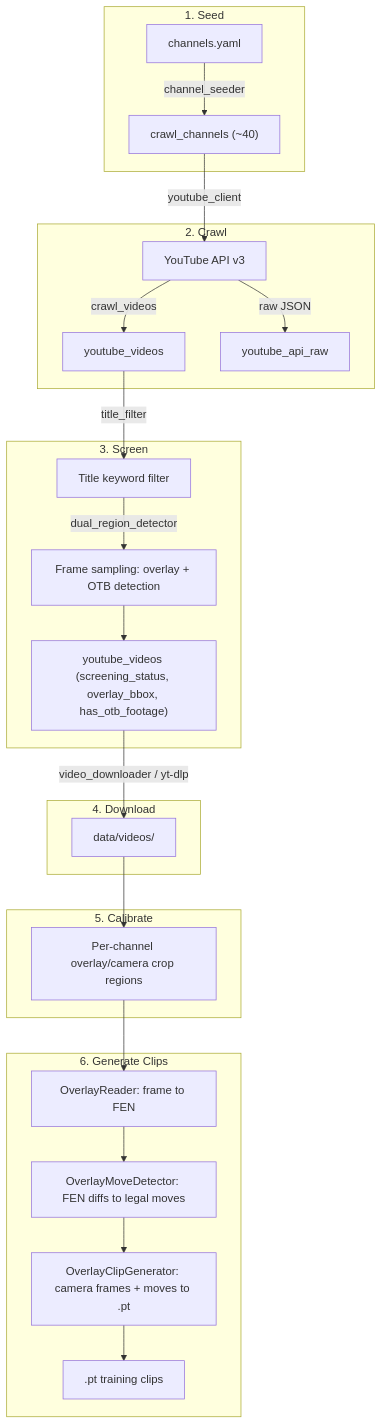
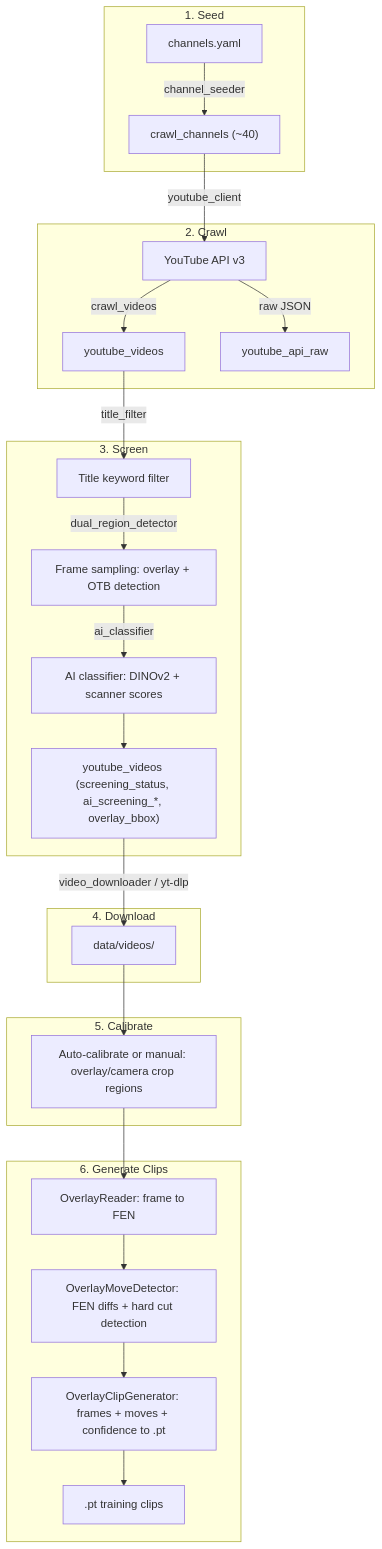
The third of 8 diagrams in README.md (dscape/argus), drawn with Mermaid before and after one commit. The commit also changed other lines of this file and 33 other files, not shown here.

````diff
--- a/README.md
+++ b/README.md
@@ -200,33 +210,34 @@
 ```mermaid
 graph TD
     subgraph "1. Seed"
         CH[channels.yaml] -->|channel_seeder| DB_CH["crawl_channels (~40)"]
     end
 
     subgraph "2. Crawl"
         DB_CH -->|youtube_client| YT[YouTube API v3]
         YT -->|crawl_videos| DB_V[youtube_videos]
         YT -->|raw JSON| DB_R[youtube_api_raw]
     end
 
     subgraph "3. Screen"
         DB_V -->|title_filter| TF[Title keyword filter]
         TF -->|dual_region_detector| DRD["Frame sampling: overlay + OTB detection"]
-        DRD --> DB_S["youtube_videos (screening_status, overlay_bbox, has_otb_footage)"]
+        DRD -->|ai_classifier| AI["AI classifier: DINOv2 + scanner scores"]
+        AI --> DB_S["youtube_videos (screening_status, ai_screening_*, overlay_bbox)"]
     end
 
     subgraph "4. Download"
         DB_S -->|video_downloader / yt-dlp| VID["data/videos/"]
     end
 
     subgraph "5. Calibrate"
-        VID --> CAL["Per-channel overlay/camera crop regions"]
+        VID --> CAL["Auto-calibrate or manual: overlay/camera crop regions"]
     end
 
     subgraph "6. Generate Clips"
         CAL --> READ["OverlayReader: frame to FEN"]
-        READ --> MOVE["OverlayMoveDetector: FEN diffs to legal moves"]
-        MOVE --> CLIP["OverlayClipGenerator: camera frames + moves to .pt"]
+        READ --> MOVE["OverlayMoveDetector: FEN diffs + hard cut detection"]
+        MOVE --> CLIP["OverlayClipGenerator: frames + moves + confidence to .pt"]
         CLIP --> PT[.pt training clips]
     end
 ```
````
